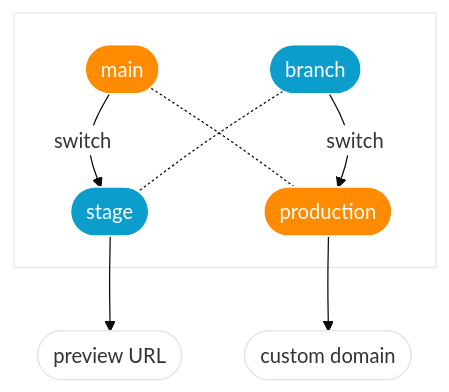
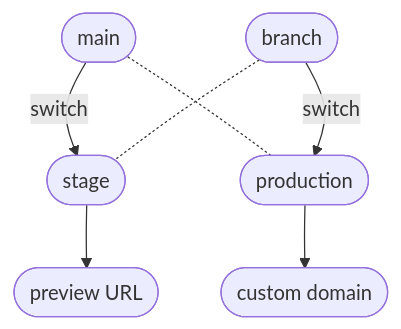
One commit to ionos-deploy-now/documentation changed the second of 2 diagrams in content/docs/staging-deployments.md. Above: the diagram before and after it, drawn with Mermaid. The commit also changed other lines of this file and 5 other files, not shown here.

Commit message:
fix: mermaid colors

```diff
--- a/content/docs/staging-deployments.md
+++ b/content/docs/staging-deployments.md
@@ -32,16 +27,9 @@
 ~~~mermaid
-%%{init: {'theme': 'base', 'themeVariables': { 'primaryColor': '#fff'}, 'darkMode': 'true'}}%%
 graph TD
-    subgraph id[ ]
-        A([main]):::active -->|switch| B1([stage]):::inactive
-        A -.- A1
-    end
-    subgraph id[ ]
-        B([branch]):::inactive -->|switch| A1([production]):::active
-        B -.- B1
-    end
-    A1 --> A2([custom domain])
+    A([main]):::active -->|switch| B1([stage]):::inactive
+    A -.- A1
+    B([branch]):::inactive -->|switch| A1([production]):::active
+    B -.- B1
+    A1 --> A2([custom domain]):::active
     B1 --> B2([preview URL])
-    classDef active fill:#ff8c00,stroke:#fff,stroke-width:1px,color:#fff
-    classDef inactive fill:#0b9dcc,stroke:#fff,stroke-width:1px,color:#fff
 ~~~
```
